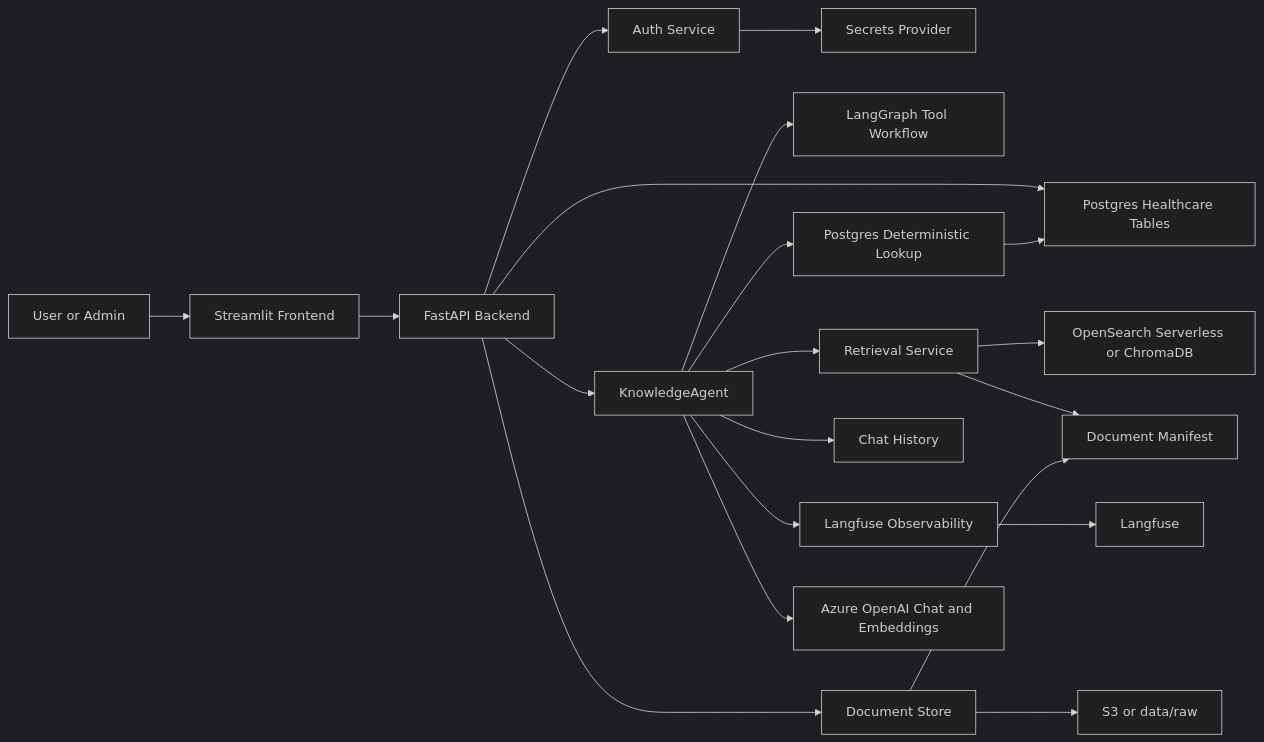
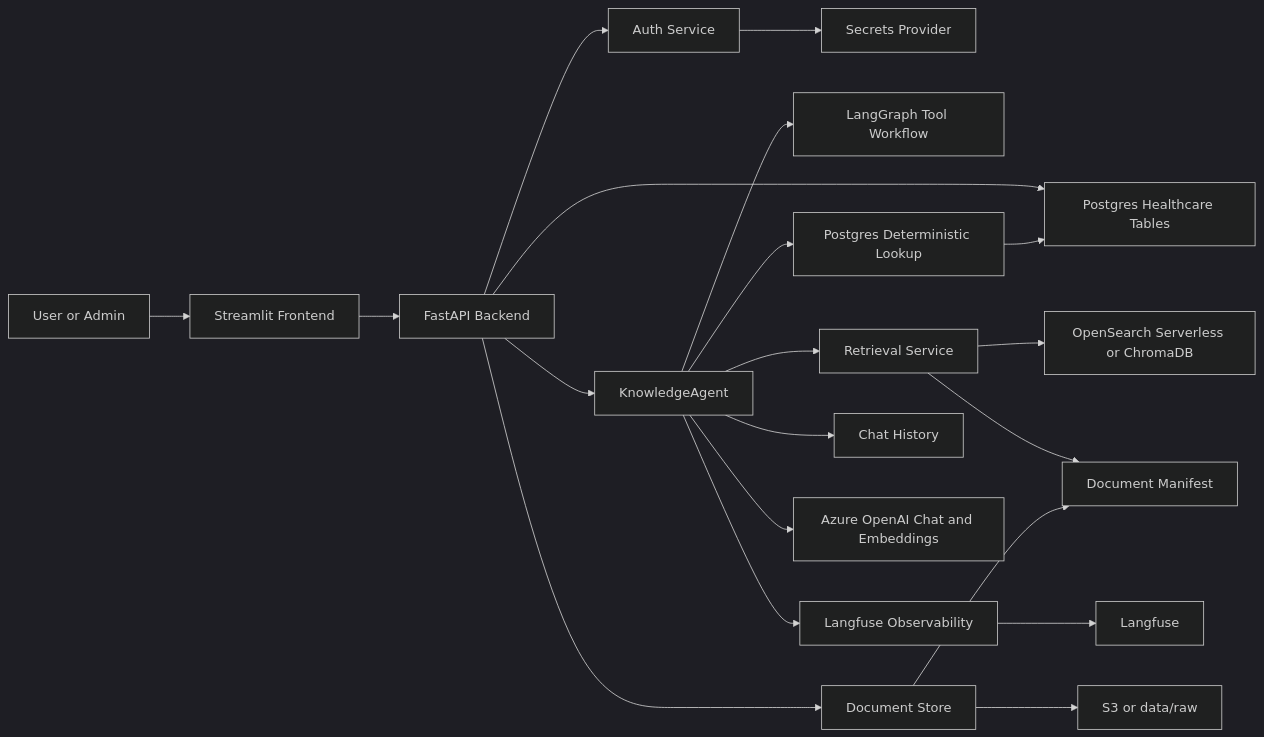
Before and after one commit to sabin262/dstrmaysam-heakthcare-knowledge-agent-multi-agent: the first of 4 diagrams in docs/system_summary.md, drawn with Mermaid (dark theme). The commit also changed other lines of this file and 14 other files, not shown here.

````diff
--- a/docs/system_summary.md
+++ b/docs/system_summary.md
@@ -94,28 +43,27 @@
 ```mermaid
 flowchart LR
     User["User or Admin"] --> Frontend["Streamlit Frontend"]
     Frontend --> Backend["FastAPI Backend"]
 
     Backend --> Auth["Auth Service"]
     Auth --> Secrets["Secrets Provider"]
 
     Backend --> Agent["KnowledgeAgent"]
     Agent --> LangGraph["LangGraph Tool Workflow"]
     Agent --> Deterministic["Postgres Deterministic Lookup"]
     Agent --> Retrieval["Retrieval Service"]
     Agent --> Observability["Langfuse Observability"]
     Agent --> History["Chat History"]
+    Agent --> AzureOpenAI["Azure OpenAI Chat and Embeddings"]
 
     Retrieval --> VectorStore["OpenSearch Serverless or ChromaDB"]
     Retrieval --> Manifest["Document Manifest"]
 
     Backend --> DocumentStore["Document Store"]
     DocumentStore --> S3OrLocal["S3 or data/raw"]
     DocumentStore --> Manifest
 
     Backend --> Postgres["Postgres Healthcare Tables"]
     Deterministic --> Postgres
-
     Observability --> Langfuse["Langfuse"]
-    Agent --> AzureOpenAI["Azure OpenAI Chat and Embeddings"]
 ```
````
